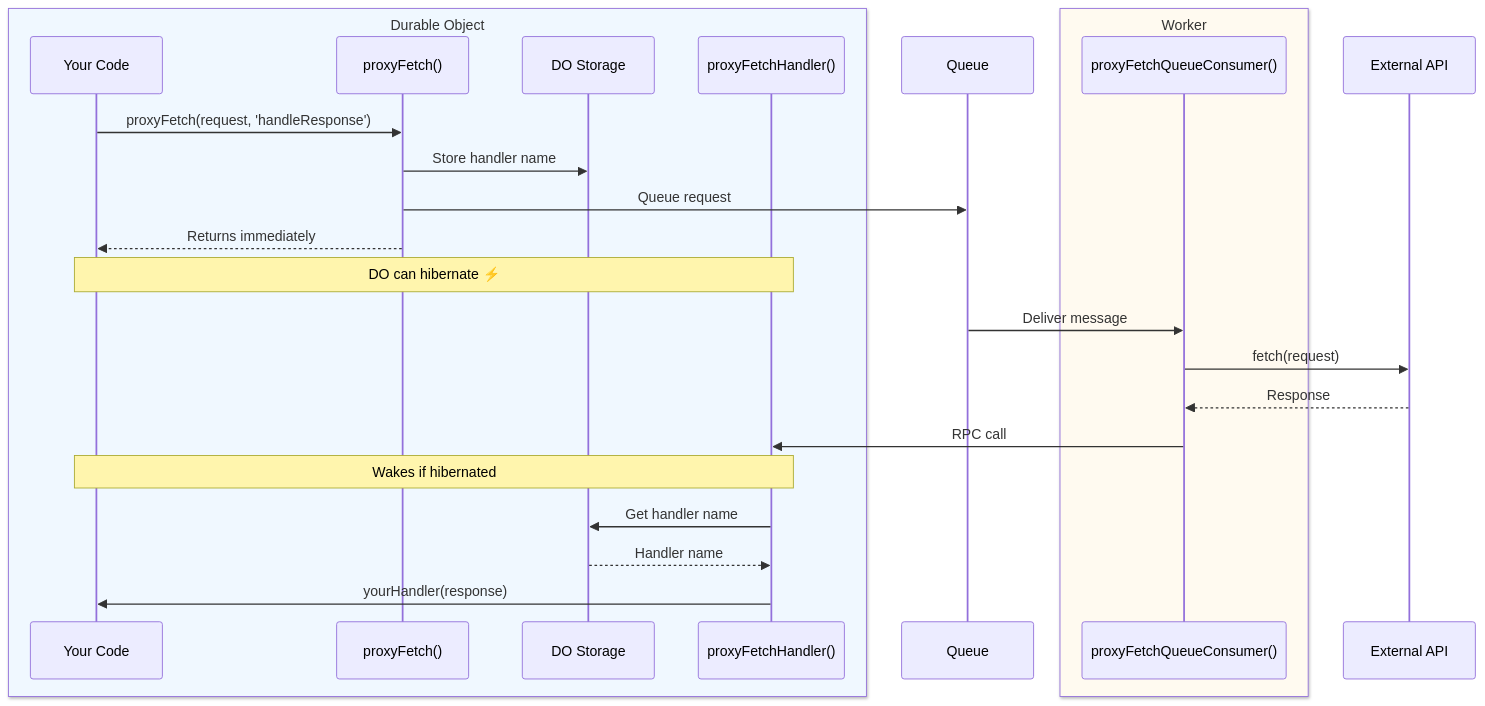
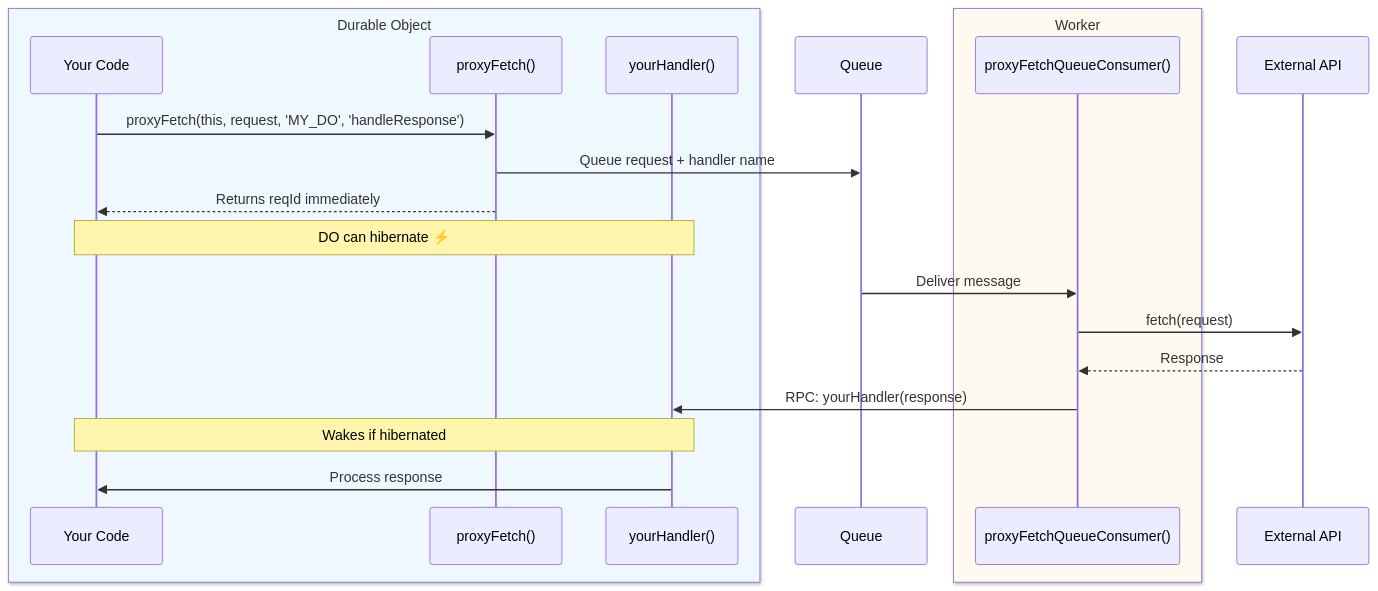
Before and after one commit to lumenize/lumenize: the diagram in website/docs/proxy-fetch/queue.mdx, drawn with Mermaid. The commit also changed other lines of this file and 2 other files, not shown here.

````diff
--- a/website/docs/proxy-fetch/queue.mdx
+++ b/website/docs/proxy-fetch/queue.mdx
@@ -14,29 +14,25 @@
 ```mermaid @skip-check
 sequenceDiagram
     box rgb(240, 248, 255) Durable Object
         participant User as Your Code
         participant ProxyFetch as proxyFetch()
-        participant Storage as DO Storage
-        participant ProxyFetchHandler as proxyFetchHandler()
+        participant Handler as yourHandler()
     end
     participant Queue as Queue
     box rgb(255, 250, 240) Worker
         participant QueueConsumer as proxyFetchQueueConsumer()
     end
     participant API as External API
 
-    User->>ProxyFetch: proxyFetch(request, 'handleResponse')
-    ProxyFetch->>Storage: Store handler name
-    ProxyFetch->>Queue: Queue request
-    ProxyFetch-->>User: Returns immediately
-    Note over User,ProxyFetchHandler: DO can hibernate ⚡
+    User->>ProxyFetch: proxyFetch(this, request, 'MY_DO', 'handleResponse')
+    ProxyFetch->>Queue: Queue request + handler name
+    ProxyFetch-->>User: Returns reqId immediately
+    Note over User,Handler: DO can hibernate ⚡
 
     Queue->>QueueConsumer: Deliver message
     QueueConsumer->>API: fetch(request)
     API-->>QueueConsumer: Response
-    QueueConsumer->>ProxyFetchHandler: RPC call
-    Note over User,ProxyFetchHandler: Wakes if hibernated
-    ProxyFetchHandler->>Storage: Get handler name
-    Storage-->>ProxyFetchHandler: Handler name
-    ProxyFetchHandler->>User: yourHandler(response)
+    QueueConsumer->>Handler: RPC: yourHandler(response)
+    Note over User,Handler: Wakes if hibernated
+    Handler->>User: Process response
 ```
````
